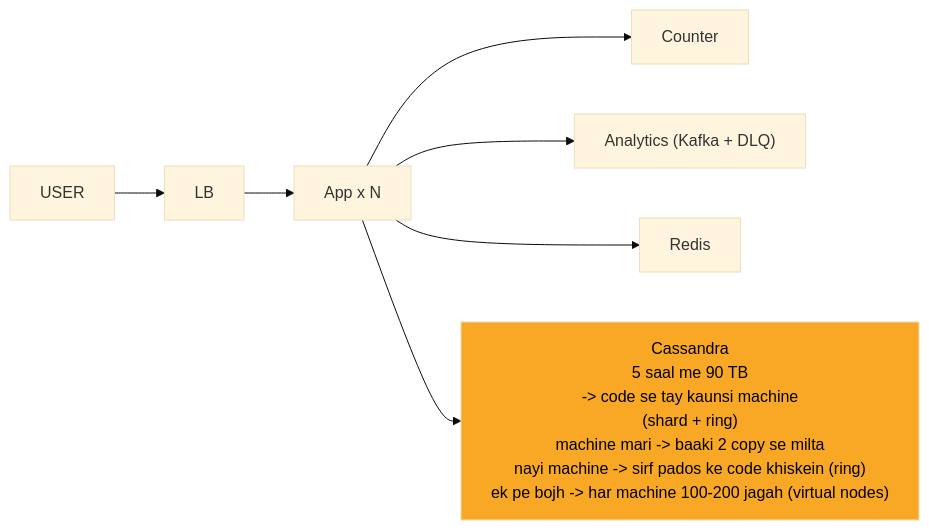
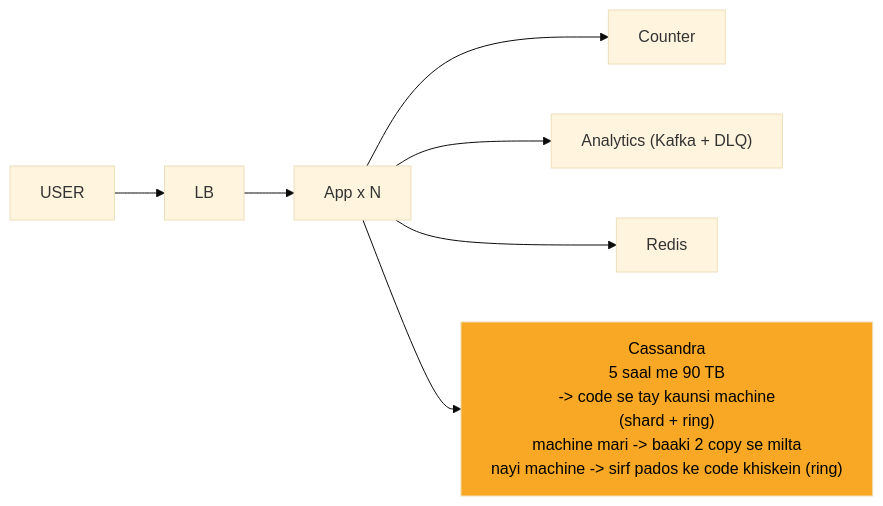
One commit to ArpanMaheshwari144/Prep changed the sixth of 10 diagrams in 04_HLD/SYSTEM_DESIGNS/01_url_shortener/01_url_shortener.md. Above: the diagram before and after it, drawn with Mermaid (base theme). The commit also changed other lines of this file and 13 other files, not shown here.

````diff
--- a/04_HLD/SYSTEM_DESIGNS/01_url_shortener/01_url_shortener.md
+++ b/04_HLD/SYSTEM_DESIGNS/01_url_shortener/01_url_shortener.md
@@ -271,18 +271,18 @@
 ```mermaid
 %%{init: {"flowchart": {"wrappingWidth": 450}}}%%
 flowchart LR
     n_USER["USER"]
     n_LB["LB"]
     n_App_xN["App x N"]
     n_Counter["Counter"]
     n_ANA["Analytics (Kafka + DLQ)"]
     n_Redis["Redis"]
-    n_Cassandra["Cassandra<br/>5 saal me 90 TB<br/>-> code se tay kaunsi machine<br/>(shard + ring)<br/>machine mari -> baaki 2 copy se milta<br/>nayi machine -> sirf pados ke code khiskein (ring)<br/>ek pe bojh -> har machine 100-200 jagah (virtual nodes)"]
+    n_Cassandra["Cassandra<br/>5 saal me 90 TB<br/>-> code se tay kaunsi machine<br/>(shard + ring)<br/>machine mari -> baaki 2 copy se milta<br/>nayi machine -> sirf pados ke code khiskein (ring)"]
     n_USER --> n_LB
     n_LB --> n_App_xN
     n_App_xN --> n_Counter
     n_App_xN --> n_ANA
     n_App_xN --> n_Redis
     n_App_xN --> n_Cassandra
     style n_Cassandra fill:#f9a825,color:#000
 ```
````
